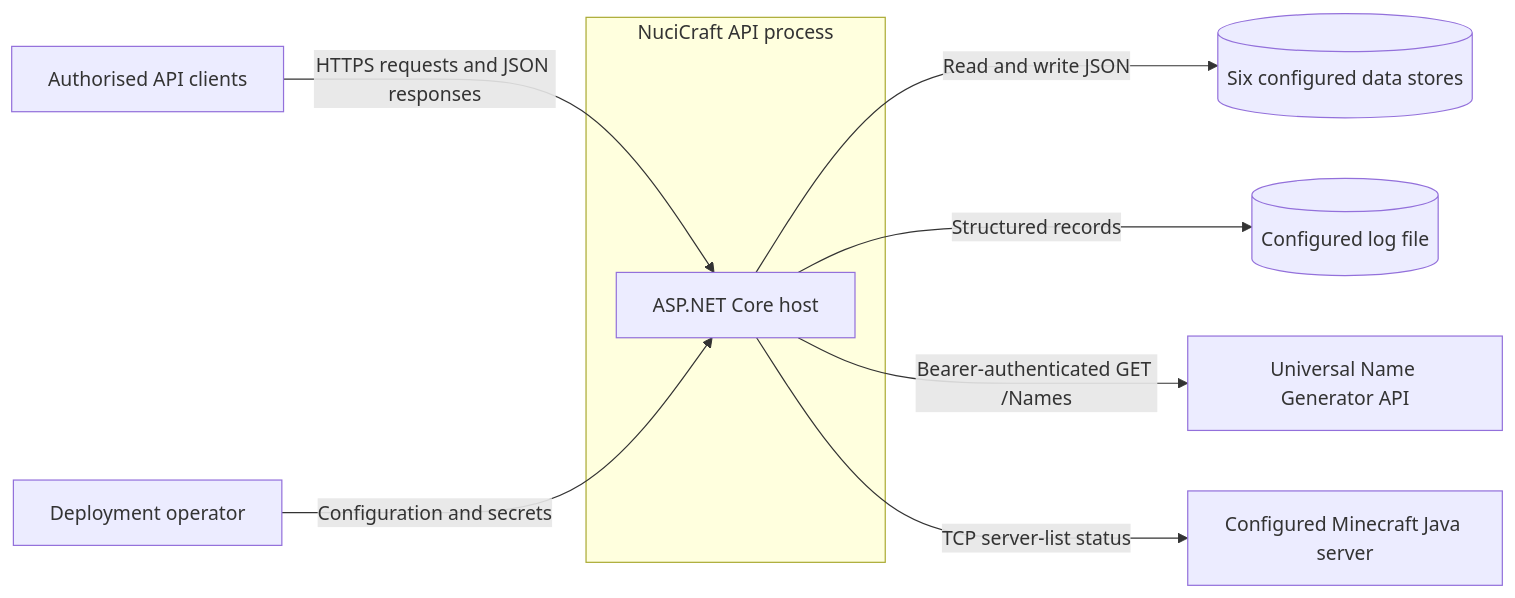
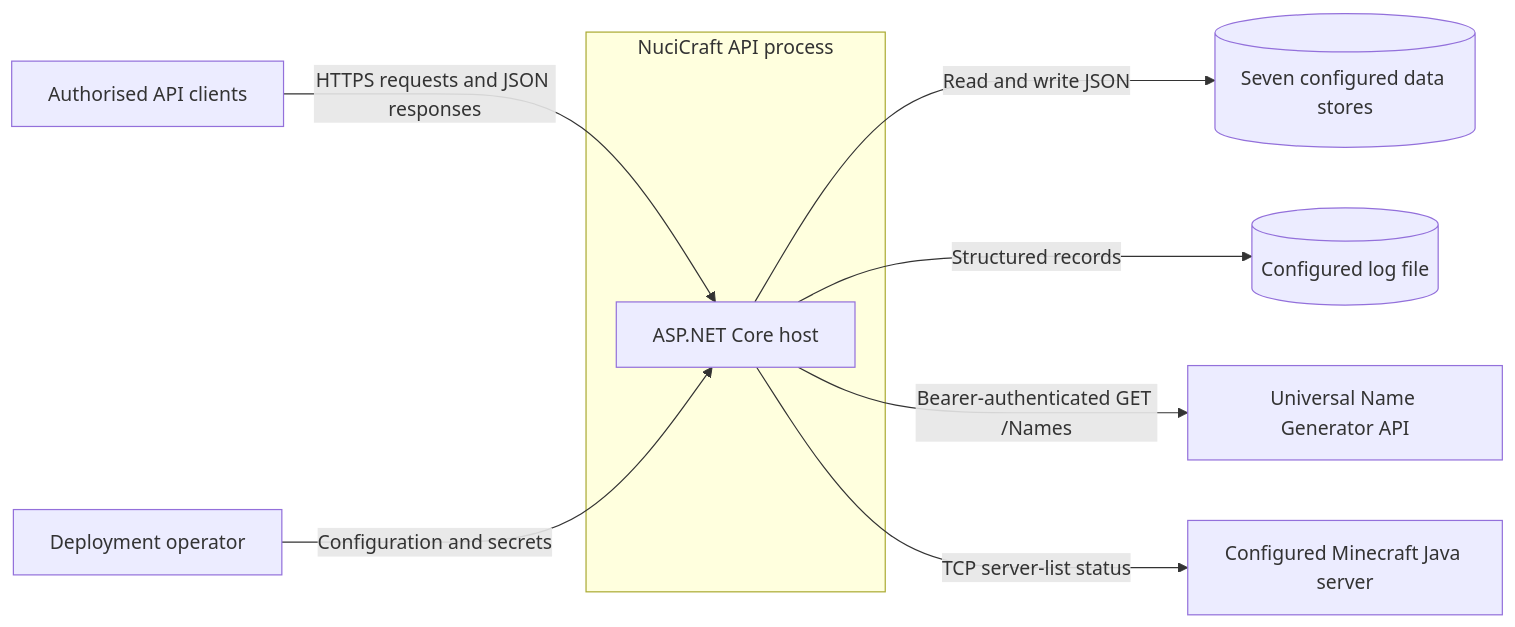
One commit to hmlendea/nucicraft-api changed the first of 7 diagrams in ARCHITECTURE.md. Above: the diagram before and after it, drawn with Mermaid. The commit also changed other lines of this file and 26 other files, not shown here.

````diff
--- a/ARCHITECTURE.md
+++ b/ARCHITECTURE.md
@@ -52,14 +53,14 @@
 ```mermaid
 flowchart LR
         Client["Authorised API clients"] -->|"HTTPS requests and JSON responses"| Host
         Operator["Deployment operator"] -->|"Configuration and secrets"| Host
 
         subgraph System["NuciCraft API process"]
                 Host["ASP.NET Core host"]
     end
 
-        Host -->|"Read and write JSON"| Stores[("Six configured data stores")]
+        Host -->|"Read and write JSON"| Stores[("Seven configured data stores")]
         Host -->|"Structured records"| Logs[("Configured log file")]
         Host -->|"Bearer-authenticated GET /Names"| NameGenerator["Universal Name Generator API"]
         Host -->|"TCP server-list status"| JavaServer["Configured Minecraft Java server"]
 ```
````
